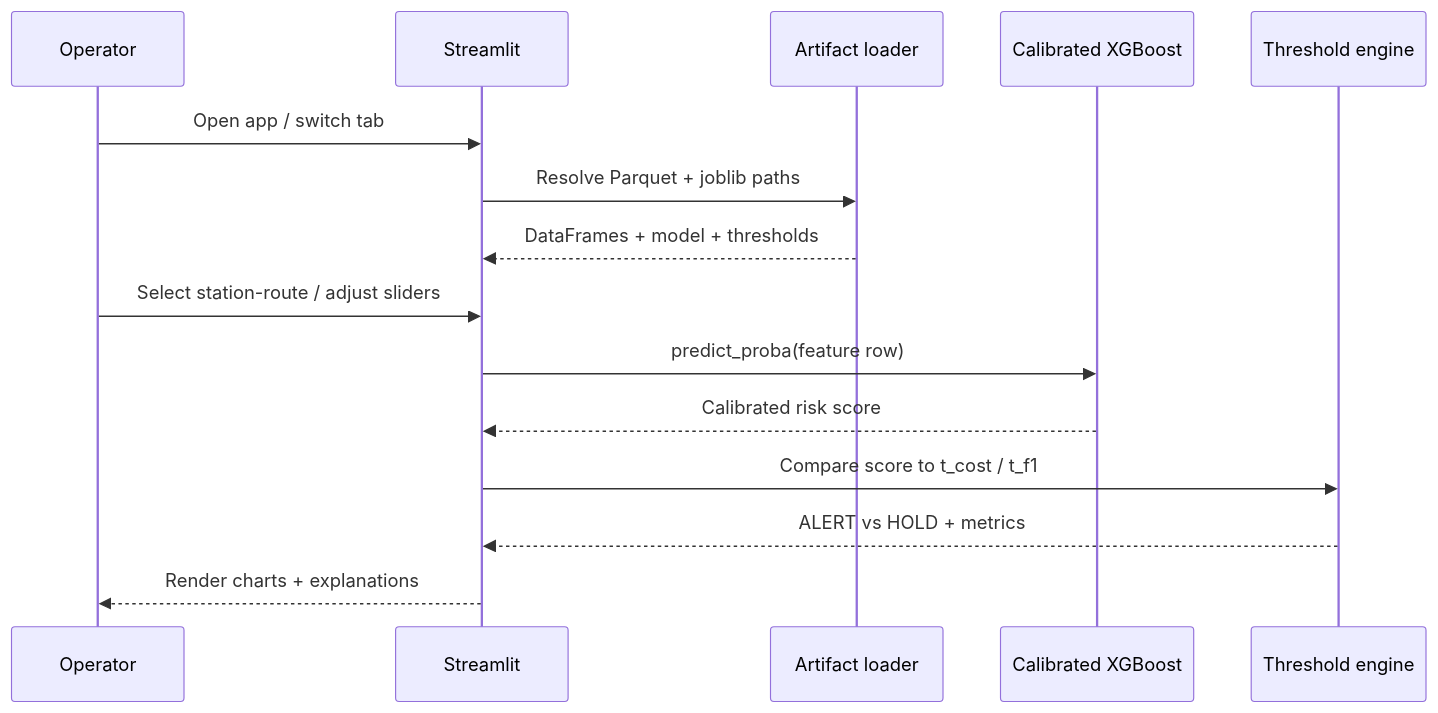
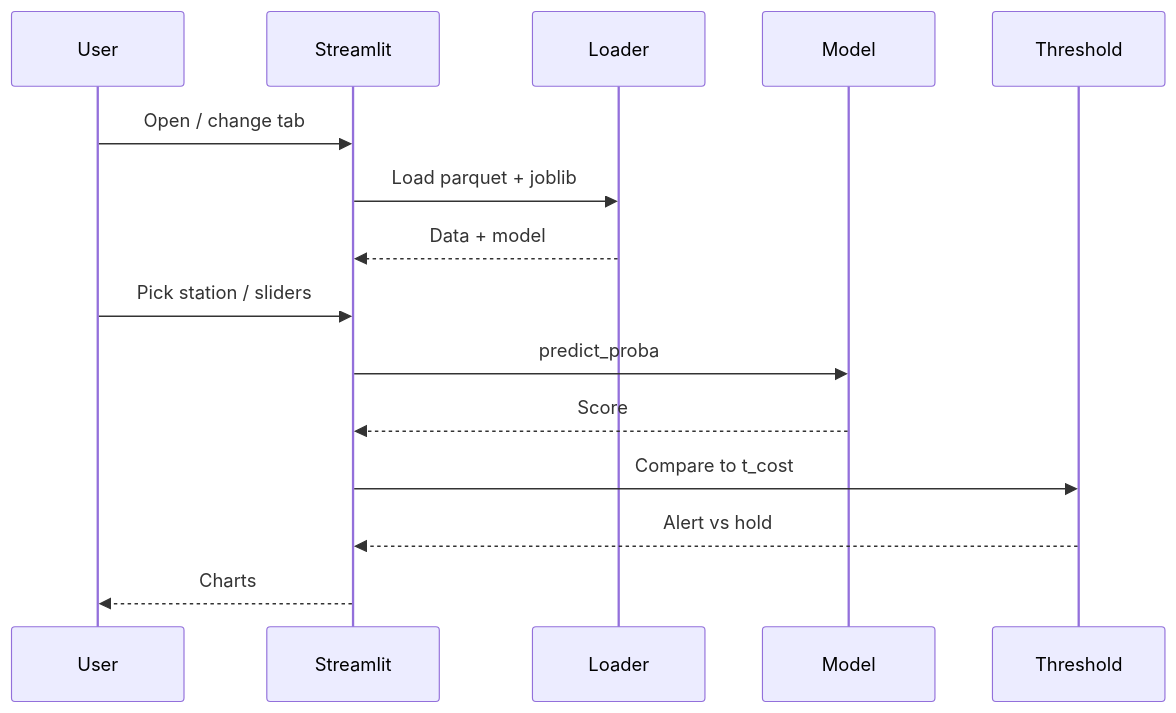
One commit to patel-manav20/TransitRisk-Machine-Learning-Project changed the third of 6 diagrams in README.md. Above: the diagram before and after it, drawn with Mermaid. The commit also changed other lines of this file and 2 other files, not shown here.

First line of the commit message:
docs: simplify README with diagrams and dashboard assets folder

````diff
--- a/README.md
+++ b/README.md
@@ -331,18 +235,18 @@
 ```mermaid
 sequenceDiagram
-  participant U as Operator
+  participant U as User
   participant S as Streamlit
-  participant L as Artifact loader
-  participant M as Calibrated XGBoost
-  participant T as Threshold engine
+  participant L as Loader
+  participant M as Model
+  participant T as Threshold
 
-  U->>S: Open app / switch tab
-  S->>L: Resolve Parquet + joblib paths
-  L-->>S: DataFrames + model + thresholds
-  U->>S: Select station-route / adjust sliders
-  S->>M: predict_proba(feature row)
-  M-->>S: Calibrated risk score
-  S->>T: Compare score to t_cost / t_f1
-  T-->>S: ALERT vs HOLD + metrics
-  S-->>U: Render charts + explanations
+  U->>S: Open / change tab
+  S->>L: Load parquet + joblib
+  L-->>S: Data + model
+  U->>S: Pick station / sliders
+  S->>M: predict_proba
+  M-->>S: Score
+  S->>T: Compare to t_cost
+  T-->>S: Alert vs hold
+  S-->>U: Charts
 ```
````
